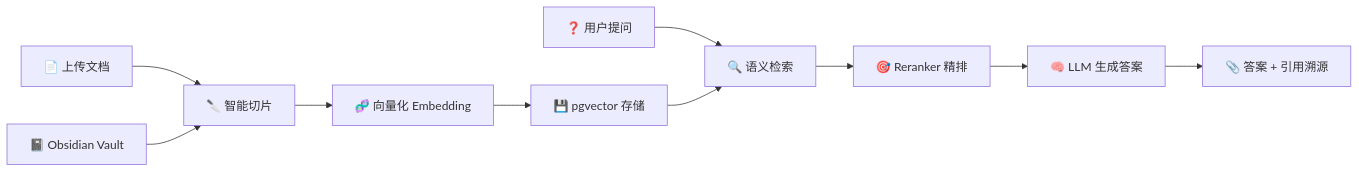
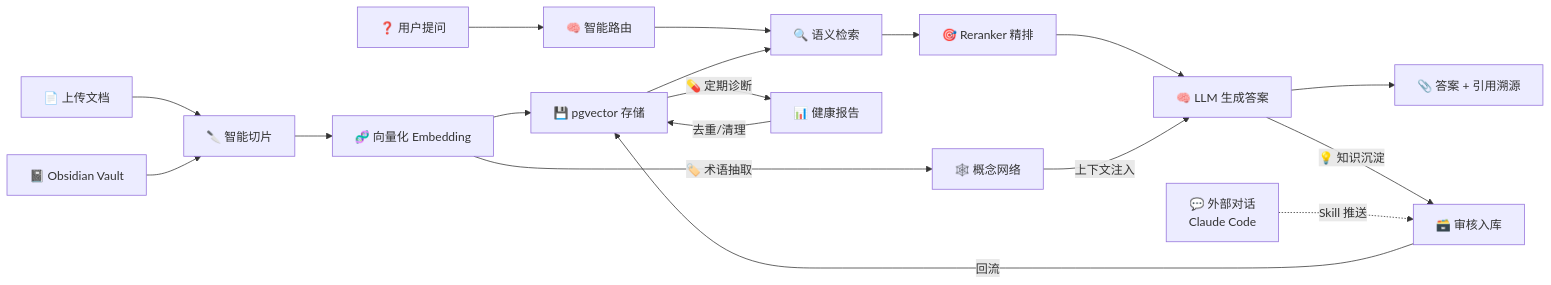
One commit to sqking-coke/mindvaults changed the first of 2 diagrams in README.md. Above: the diagram before and after it, drawn with Mermaid. The commit also changed other lines of this file and 5 other files, not shown here.

````diff
--- a/README.md
+++ b/README.md
@@ -29,12 +29,23 @@
 ```mermaid
 flowchart LR
     A[📄 上传文档] --> B[🔪 智能切片]
     V[📓 Obsidian Vault] --> B
     B --> C[🧬 向量化 Embedding]
     C --> D[💾 pgvector 存储]
-    E[❓ 用户提问] --> F[🔍 语义检索]
+    E[❓ 用户提问] --> R[🧠 智能路由]
+    R --> F[🔍 语义检索]
     D --> F
     F --> G[🎯 Reranker 精排]
     G --> H[🧠 LLM 生成答案]
     H --> I[📎 答案 + 引用溯源]
+
+    H -->|💡 知识沉淀| J[🗃️ 审核入库]
+    W[💬 外部对话<br/>Claude Code] -.->|Skill 推送| J
+    J -->|回流| D
+
+    C -->|🏷️ 术语抽取| K[🕸️ 概念网络]
+    K -->|上下文注入| H
+
+    D -->|💊 定期诊断| L[📊 健康报告]
+    L -->|去重/清理| D
 ```
````
